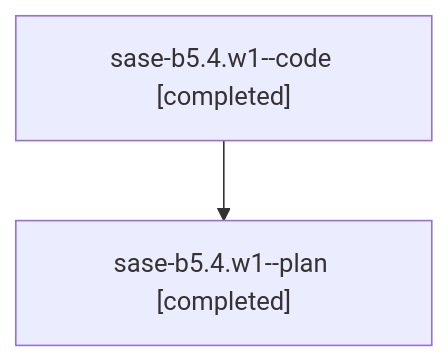
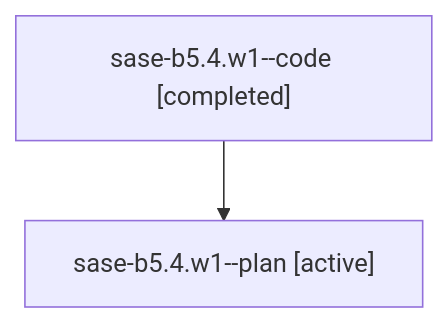
One commit to sase-org/sase--agents changed the diagram in families/bbugyi200.athena.sase-b5.4.w1.md. Above: the diagram before and after it, drawn with Mermaid. The commit also changed other lines of this file and 5813 other files, not shown here.

````diff
--- a/families/bbugyi200.athena.sase-b5.4.w1.md
+++ b/families/bbugyi200.athena.sase-b5.4.w1.md
@@ -9,6 +9,6 @@
 ```mermaid
 flowchart TD
   n0["sase-b5.4.w1--code [completed]"]
-  n1["sase-b5.4.w1--plan [completed]"]
+  n1["sase-b5.4.w1--plan [active]"]
   n0 --> n1
 ```
````
